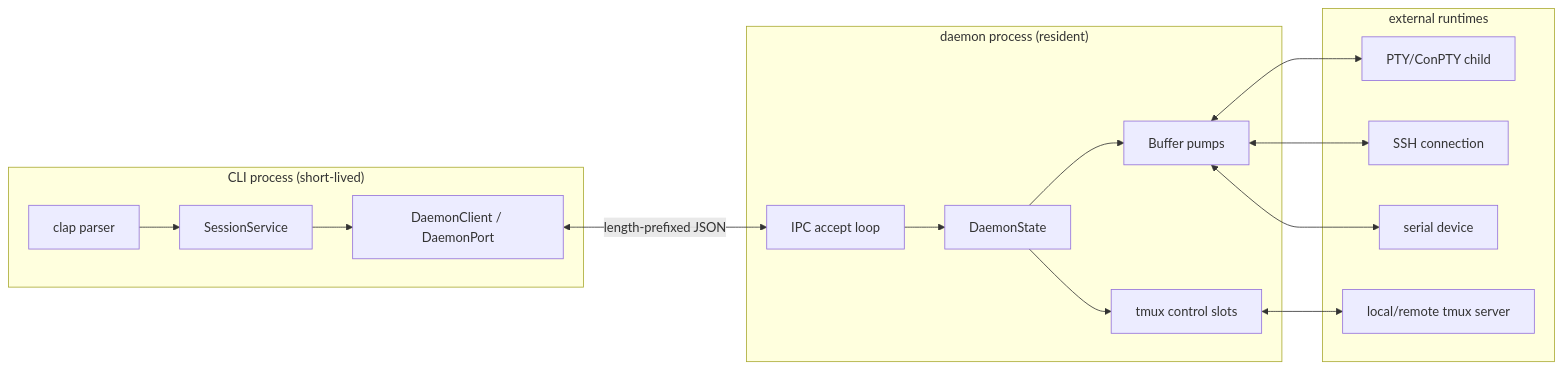
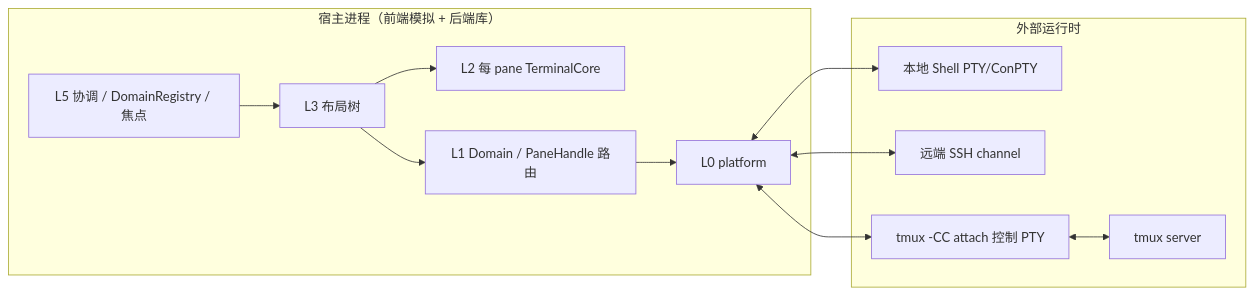
The first of 4 diagrams in doc/arch/view-process.md (xiaoshan1234/xscore), drawn with Mermaid before and after one commit. The commit also changed other lines of this file and 4 other files, not shown here.

First line of the commit message:
refactor: update architecture documentation for terminal emulator

````diff
--- a/doc/arch/view-process.md
+++ b/doc/arch/view-process.md
@@ -7,33 +11,24 @@
 ```mermaid
 flowchart LR
-    subgraph CLI["CLI process (short-lived)"]
-        P["clap parser"]
-        SS["SessionService"]
-        DC["DaemonClient / DaemonPort"]
+    subgraph APP["宿主进程（前端模拟 + 后端库）"]
+        L5["L5 协调 / DomainRegistry / 焦点"]
+        L3["L3 布局树"]
+        L2["L2 每 pane TerminalCore"]
+        L1["L1 Domain / PaneHandle 路由"]
+        L0["L0 platform"]
     end
 
-    subgraph DAEMON["daemon process (resident)"]
-        IPC["IPC accept loop"]
-        DS["DaemonState"]
-        BP["Buffer pumps"]
-        TC["tmux control slots"]
+    subgraph EXT["外部运行时"]
+        PTY["本地 Shell PTY/ConPTY"]
+        SSH["远端 SSH channel"]
+        TMUXPTY["tmux -CC attach 控制 PTY"]
+        TMUX["tmux server"]
     end
 
-    subgraph EXTERNAL["external runtimes"]
-        SHELL["PTY/ConPTY child"]
-        SSH["SSH connection"]
-        SERIAL["serial device"]
-        TMUX["local/remote tmux server"]
-    end
-
-    P --> SS
-    SS --> DC
-    DC <-->|length-prefixed JSON| IPC
-    IPC --> DS
-    DS --> BP
-    DS --> TC
-    BP <--> SHELL
-    BP <--> SSH
-    BP <--> SERIAL
-    TC <--> TMUX
+    L5 --> L3 --> L2
+    L3 --> L1 --> L0
+    L0 <--> PTY
+    L0 <--> SSH
+    L0 <--> TMUXPTY
+    TMUXPTY <--> TMUX
 ```
````
